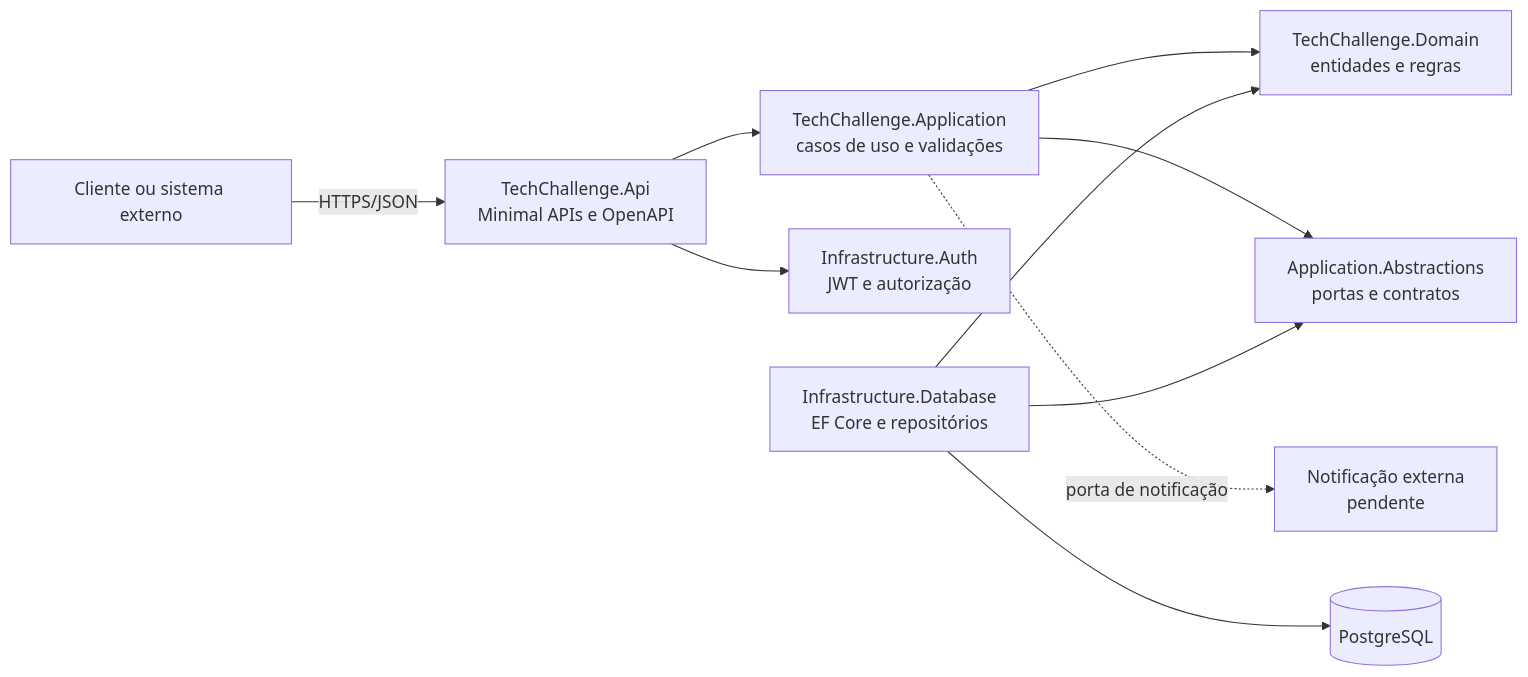
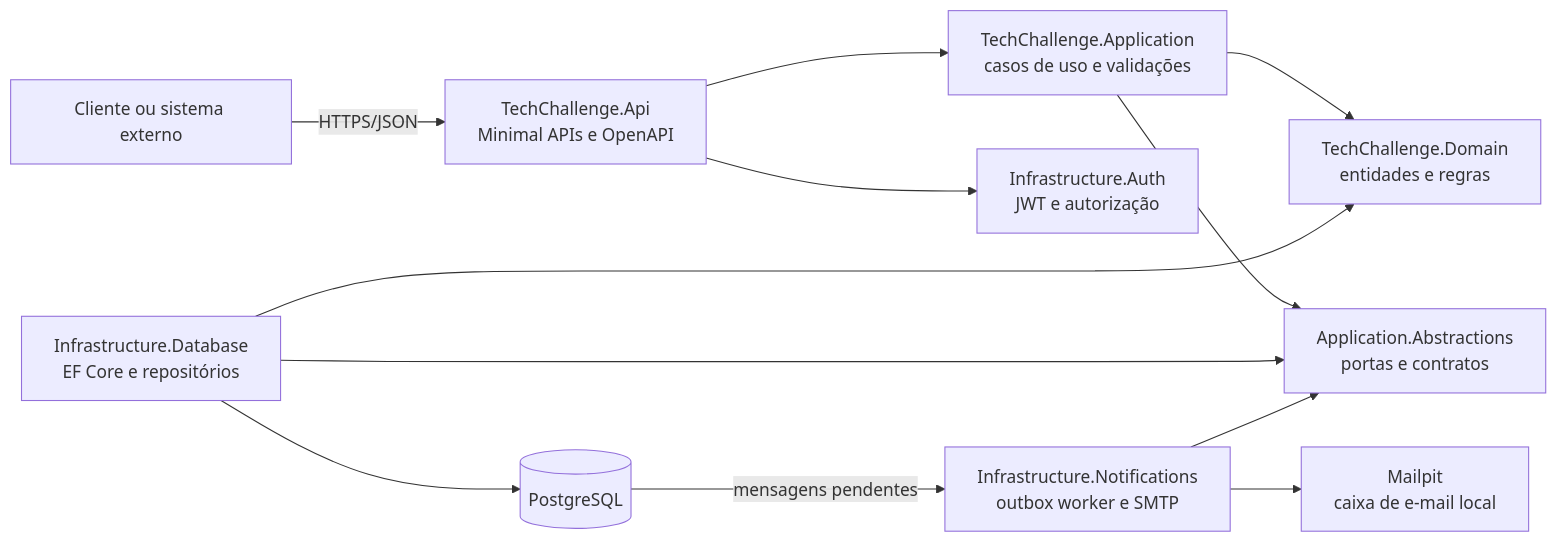
Before and after one commit to louistx/fiap-tech-challenge: the first of 3 diagrams in docs/arquitetura-fase-2.md, drawn with Mermaid. The commit also changed other lines of this file and 16 other files, not shown here.

````diff
--- a/docs/arquitetura-fase-2.md
+++ b/docs/arquitetura-fase-2.md
@@ -11,22 +11,25 @@
 ```mermaid
 flowchart LR
     Consumer[Cliente ou sistema externo]
     API[TechChallenge.Api\nMinimal APIs e OpenAPI]
     App[TechChallenge.Application\ncasos de uso e validações]
     Contracts[Application.Abstractions\nportas e contratos]
     Domain[TechChallenge.Domain\nentidades e regras]
     Auth[Infrastructure.Auth\nJWT e autorização]
     Database[Infrastructure.Database\nEF Core e repositórios]
+    Notifications[Infrastructure.Notifications\noutbox worker e SMTP]
     PG[(PostgreSQL)]
-    Notify[Notificação externa\npendente]
+    Mailpit[Mailpit\ncaixa de e-mail local]
 
     Consumer -->|HTTPS/JSON| API
     API --> App
     API --> Auth
     App --> Domain
     App --> Contracts
     Database --> Contracts
     Database --> Domain
     Database --> PG
-    App -.->|porta de notificação| Notify
+    Notifications --> Contracts
+    Notifications --> Mailpit
+    PG -->|mensagens pendentes| Notifications
 ```
````
